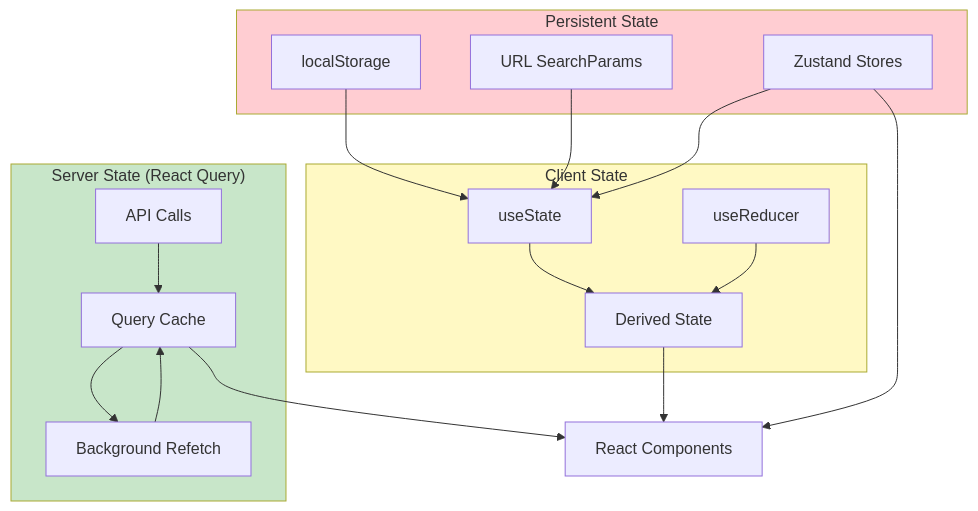
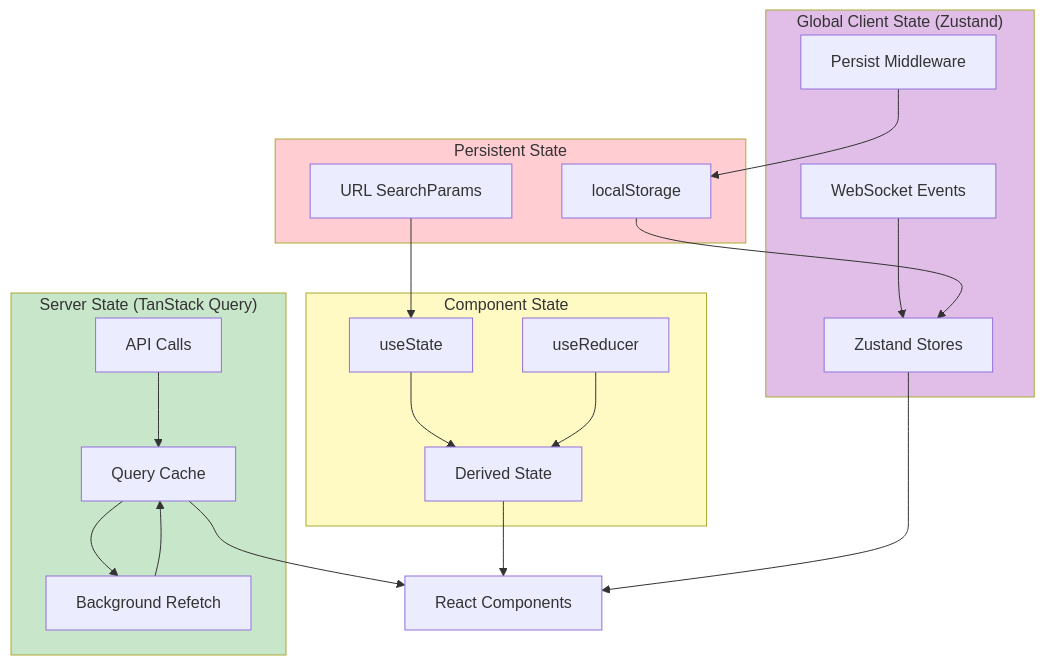
The diagram in docs/architecture/frontend/state-management.md (mikesvoboda/nemotron-v3-home-security-intelligence), drawn with Mermaid before and after one commit. The commit also changed other lines of this file and 204 other files, not shown here.

````diff
--- a/docs/architecture/frontend/state-management.md
+++ b/docs/architecture/frontend/state-management.md
@@ -379,39 +466,46 @@
 ```mermaid
 flowchart TB
-    subgraph Server["Server State (React Query)"]
+    subgraph Server["Server State (TanStack Query)"]
         API[API Calls]
         Cache[Query Cache]
         BG[Background Refetch]
     end
 
-    subgraph Client["Client State"]
+    subgraph Client["Component State"]
         useState[useState]
         useReducer[useReducer]
         useMemo[Derived State]
     end
 
+    subgraph Global["Global Client State (Zustand)"]
+        ZS[Zustand Stores]
+        ZP[Persist Middleware]
+        WS[WebSocket Events]
+    end
+
     subgraph Persistent["Persistent State"]
         LS[localStorage]
         URL[URL SearchParams]
-        Zustand[Zustand Stores]
     end
 
     API --> Cache
     Cache --> BG
     BG --> Cache
 
     useState --> useMemo
     useReducer --> useMemo
 
-    LS --> useState
+    ZP --> LS
+    WS --> ZS
+    LS --> ZS
     URL --> useState
-    Zustand --> useState
 
     Cache --> Components[React Components]
     useMemo --> Components
-    Zustand --> Components
+    ZS --> Components
 
     style Server fill:#c8e6c9
     style Client fill:#fff9c4
+    style Global fill:#e1bee7
     style Persistent fill:#ffcdd2
 ```
````
